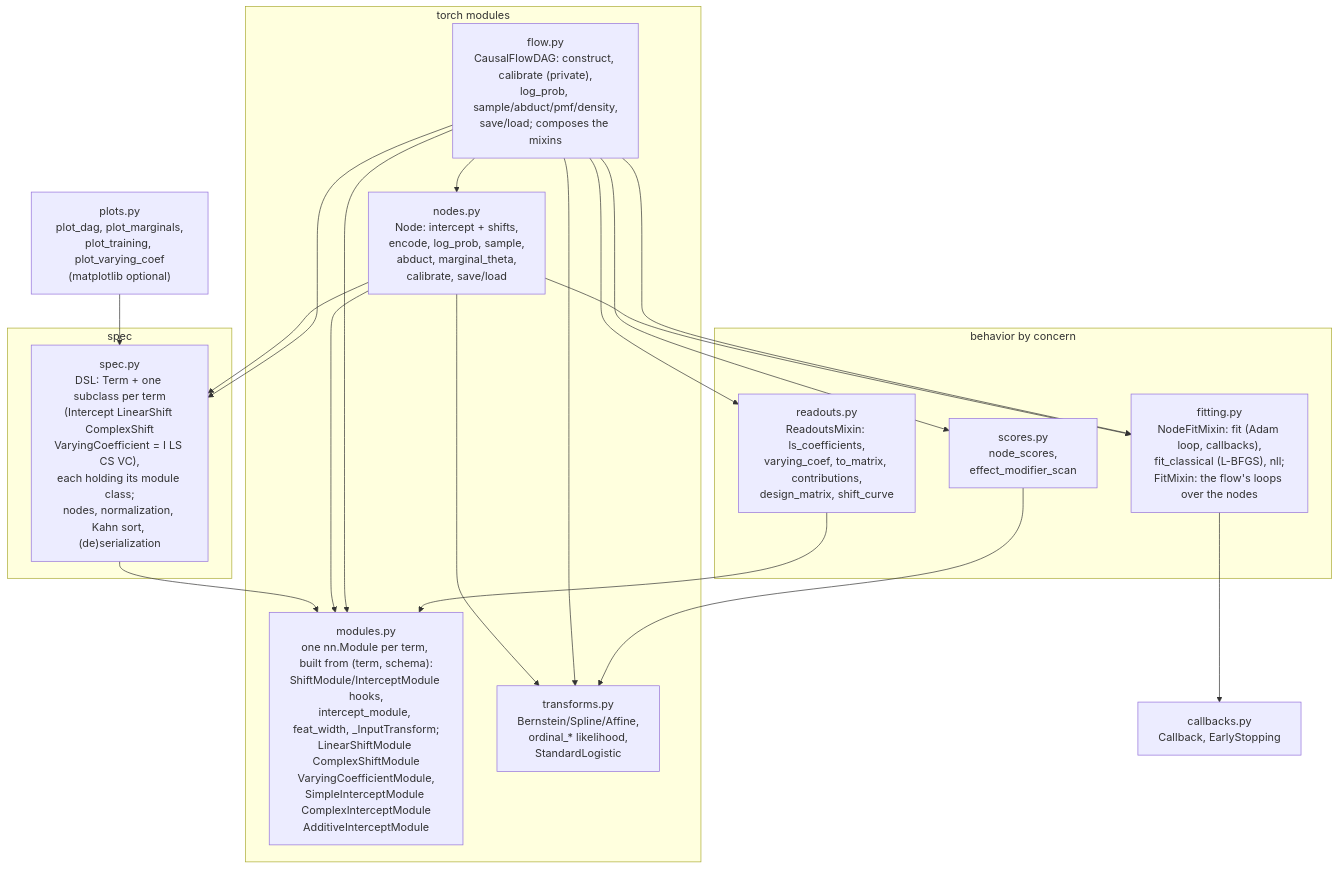
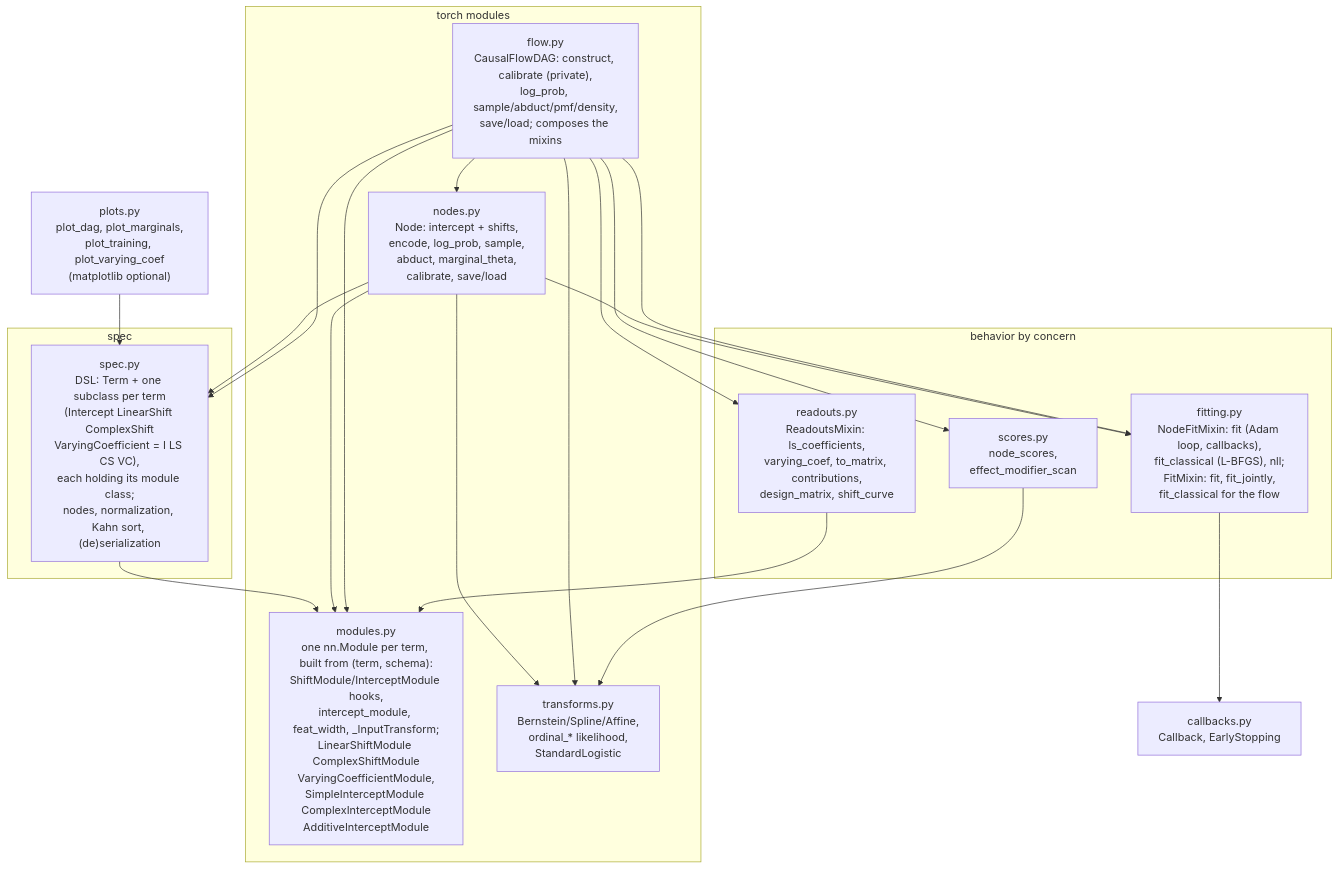
The first of 6 diagrams in docs/architecture.md (tensorchiefs/tramdag), drawn with Mermaid before and after one commit. The commit also changed 7 other files, not shown here.

First line of the commit message:
fix: EarlyStopping reads each node's validation under fit_jointly

````diff
--- a/docs/architecture.md
+++ b/docs/architecture.md
@@ -10,36 +10,36 @@
 ```mermaid
 graph TD
     subgraph data["spec"]
         spec["spec.py<br/>DSL: Term + one subclass per term<br/>(Intercept LinearShift ComplexShift<br/>VaryingCoefficient = I LS CS VC),<br/>each holding its module class;<br/>nodes, normalization, Kahn sort, (de)serialization"]
     end
     subgraph torch["torch modules"]
         modules["modules.py<br/>one nn.Module per term, built from (term, schema):<br/>ShiftModule/InterceptModule hooks,<br/>intercept_module, feat_width, _InputTransform;<br/>LinearShiftModule ComplexShiftModule<br/>VaryingCoefficientModule,<br/>SimpleInterceptModule ComplexInterceptModule<br/>AdditiveInterceptModule"]
         transforms["transforms.py<br/>Bernstein/Spline/Affine,<br/>ordinal_* likelihood,<br/>StandardLogistic"]
         nodes["nodes.py<br/>Node: intercept + shifts,<br/>encode, log_prob, sample,<br/>abduct, marginal_theta,<br/>calibrate, save/load"]
         flow["flow.py<br/>CausalFlowDAG: construct, calibrate (private),<br/>log_prob, sample/abduct/pmf/density,<br/>save/load; composes the mixins"]
     end
     subgraph functions["behavior by concern"]
-        fitting["fitting.py<br/>NodeFitMixin: fit (Adam loop, callbacks),<br/>fit_classical (L-BFGS), nll;<br/>FitMixin: the flow's loops over the nodes"]
+        fitting["fitting.py<br/>NodeFitMixin: fit (Adam loop, callbacks),<br/>fit_classical (L-BFGS), nll;<br/>FitMixin: fit, fit_jointly,<br/>fit_classical for the flow"]
         readouts["readouts.py<br/>ReadoutsMixin: ls_coefficients,<br/>varying_coef, to_matrix, contributions,<br/>design_matrix, shift_curve"]
         scores["scores.py<br/>node_scores,<br/>effect_modifier_scan"]
     end
     callbacks["callbacks.py<br/>Callback, EarlyStopping"]
     plots["plots.py<br/>plot_dag, plot_marginals,<br/>plot_training, plot_varying_coef<br/>(matplotlib optional)"]
 
     spec --> modules
     nodes --> spec
     nodes --> transforms
     nodes --> fitting
     nodes --> modules
     flow --> nodes
     flow --> modules
     flow --> spec
     flow --> transforms
     flow --> fitting
     flow --> readouts
     flow --> scores
     fitting --> callbacks
     readouts --> modules
     scores --> transforms
     plots --> spec
 ```
````
